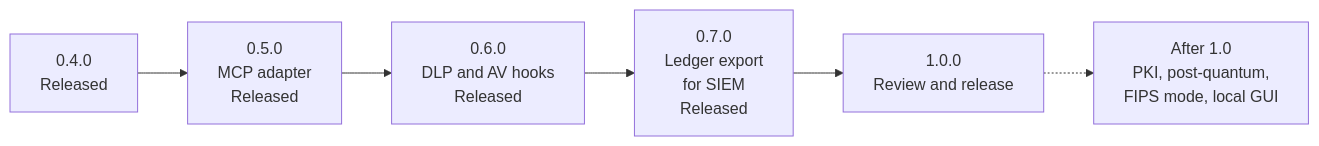
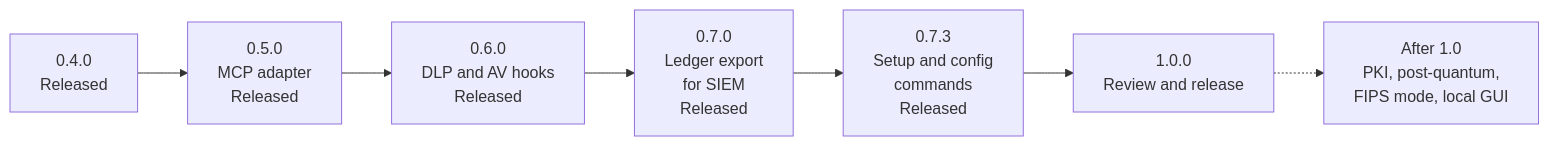
Before and after one commit to Insomniac-VibeLabs/two-key: the fourth of 4 diagrams in README.md, drawn with Mermaid. The commit also changed other lines of this file and 12 other files, not shown here.

First line of the commit message:
Release 0.7.3: setup and change commands, a signed serial, the upstream server's files

````diff
--- a/README.md
+++ b/README.md
@@ -629,8 +631,9 @@
 ```mermaid
 flowchart LR
   r04["0.4.0<br/>Released"] --> r05["0.5.0<br/>MCP adapter<br/>Released"]
   r05 --> r06["0.6.0<br/>DLP and AV hooks<br/>Released"]
   r06 --> r07["0.7.0<br/>Ledger export<br/>for SIEM<br/>Released"]
-  r07 --> r10["1.0.0<br/>Review and release"]
+  r07 --> r073["0.7.3<br/>Setup and config<br/>commands<br/>Released"]
+  r073 --> r10["1.0.0<br/>Review and release"]
   r10 -.-> after["After 1.0<br/>PKI, post-quantum,<br/>FIPS mode, local GUI"]
 ```
````
